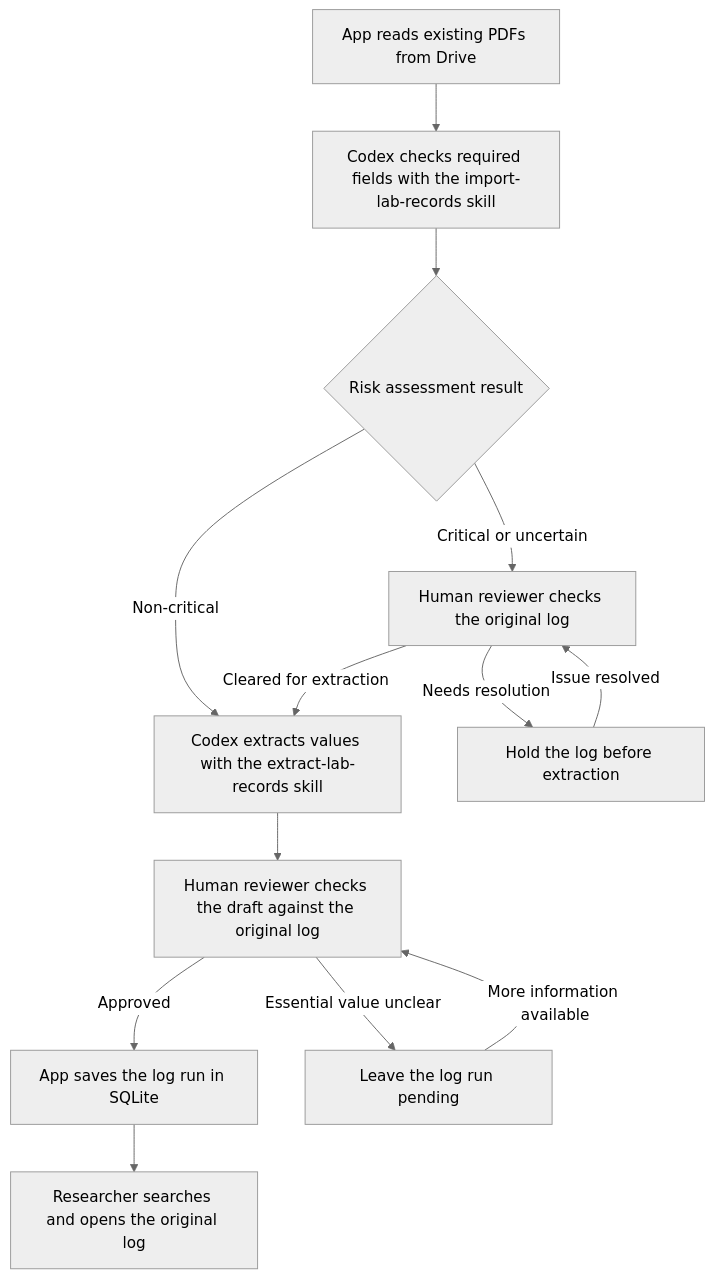
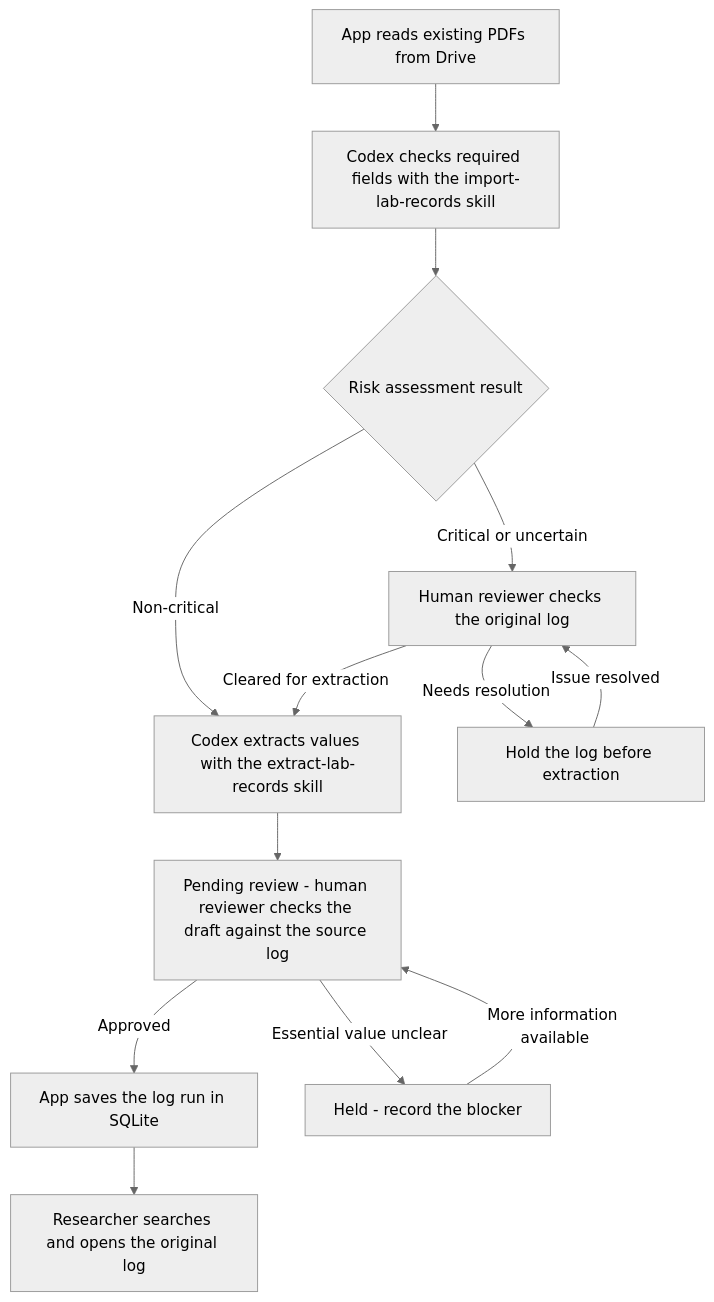
Before and after one commit to irisyjchang/quantum-materials-ai-archive: the diagram in DESIGN.md, drawn with Mermaid (neutral theme). The commit also changed other lines of this file, not shown here.

Commit message:
docs: clarify measurement table and review states

````diff
--- a/DESIGN.md
+++ b/DESIGN.md
@@ -50,15 +50,15 @@
 ```mermaid
 flowchart TD
     A[App reads existing PDFs from Drive] --> T[Codex checks required fields with the import-lab-records skill]
     T --> R{Risk assessment result}
     R -->|Non-critical| D[Codex extracts values with the extract-lab-records skill]
     R -->|Critical or uncertain| P[Human reviewer checks the original log]
     P -->|Cleared for extraction| D
     P -->|Needs resolution| Q[Hold the log before extraction]
     Q -->|Issue resolved| P
-    D --> G[Human reviewer checks the draft against the original log]
+    D --> G[Pending review - human reviewer checks the draft against the source log]
     G -->|Approved| K[App saves the log run in SQLite]
-    G -->|Essential value unclear| I[Leave the log run pending]
+    G -->|Essential value unclear| I[Held - record the blocker]
     I -->|More information available| G
     K --> L[Researcher searches and opens the original log]
 ```
````
